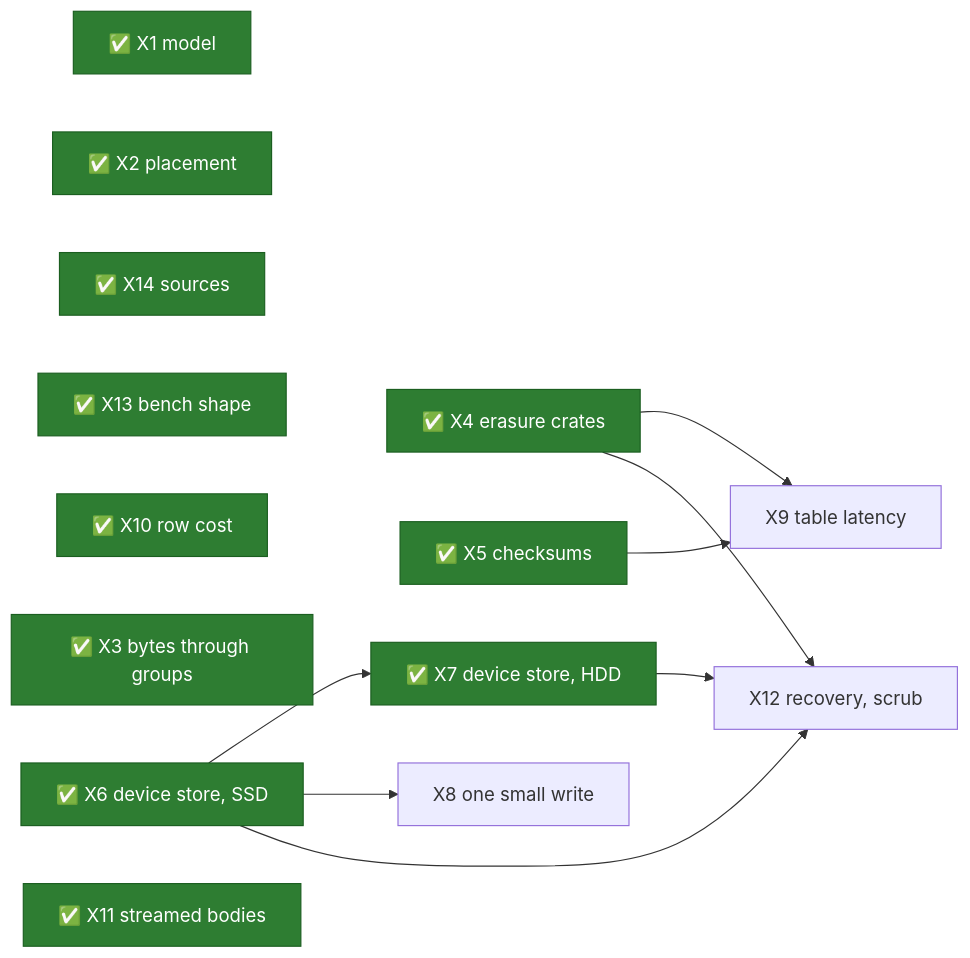
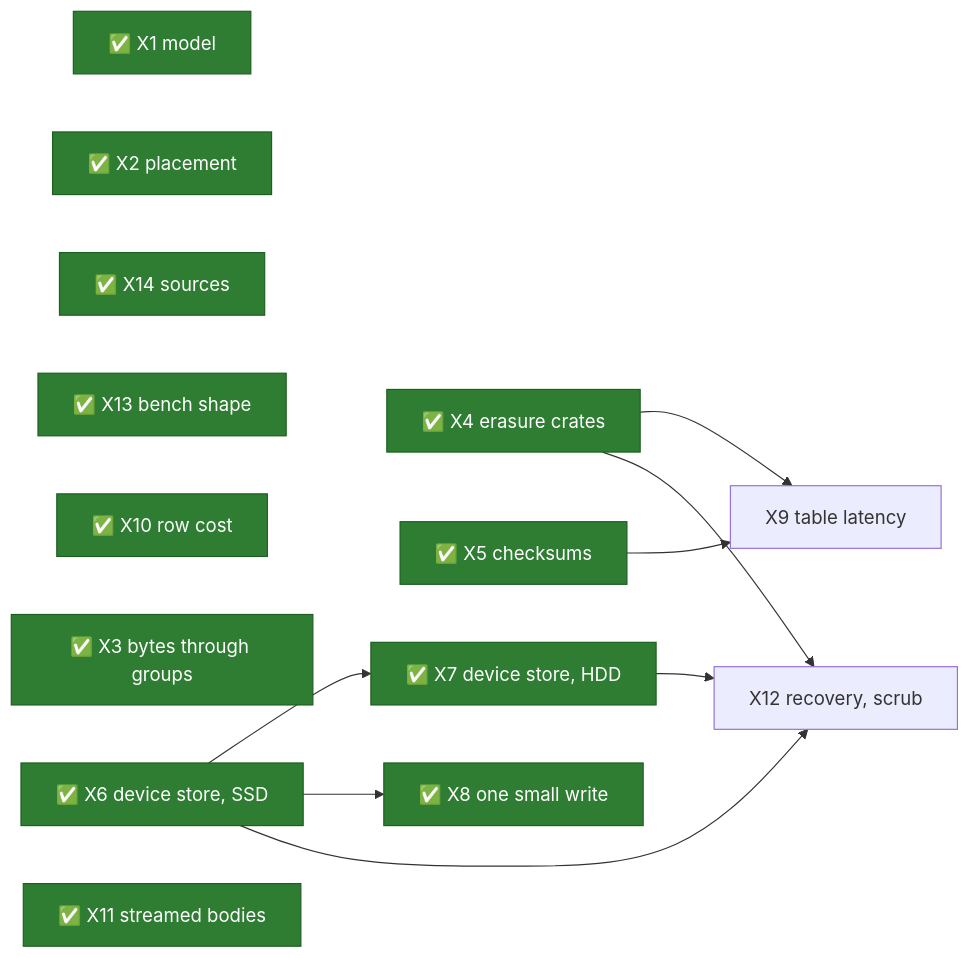
One commit to mjcarson/shoal changed the diagram in docs/src/object-storage/spikes.md. Above: the diagram before and after it, drawn with Mermaid. The commit also changed other lines of this file and 70 other files, not shown here.

````diff
--- a/docs/src/object-storage/spikes.md
+++ b/docs/src/object-storage/spikes.md
@@ -838,25 +860,25 @@
 ```mermaid
 flowchart LR
     classDef done fill:#2e7d32,stroke:#1b5e20,color:#ffffff
     X1["✅ X1 model"]:::done
     X2["✅ X2 placement"]:::done
     X14["✅ X14 sources"]:::done
     X13["✅ X13 bench shape"]:::done
     X10["✅ X10 row cost"]:::done
     X3["✅ X3 bytes through groups"]:::done
     X4["✅ X4 erasure crates"]:::done
     X5["✅ X5 checksums"]:::done
     X6["✅ X6 device store, SSD"]:::done
     X7["✅ X7 device store, HDD"]:::done
-    X8["X8 one small write"]
+    X8["✅ X8 one small write"]:::done
     X9["X9 table latency"]
     X11["✅ X11 streamed bodies"]:::done
     X12["X12 recovery, scrub"]
     X4 --> X9
     X5 --> X9
     X6 --> X7
     X6 --> X8
     X4 --> X12
     X6 --> X12
     X7 --> X12
 ```
````
